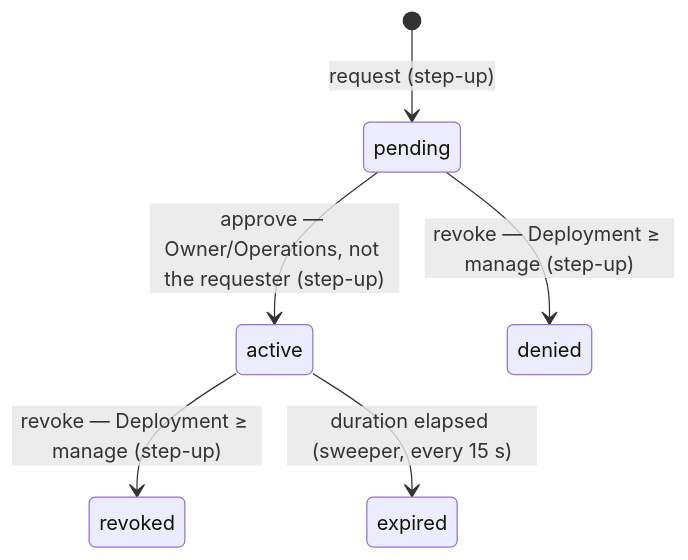
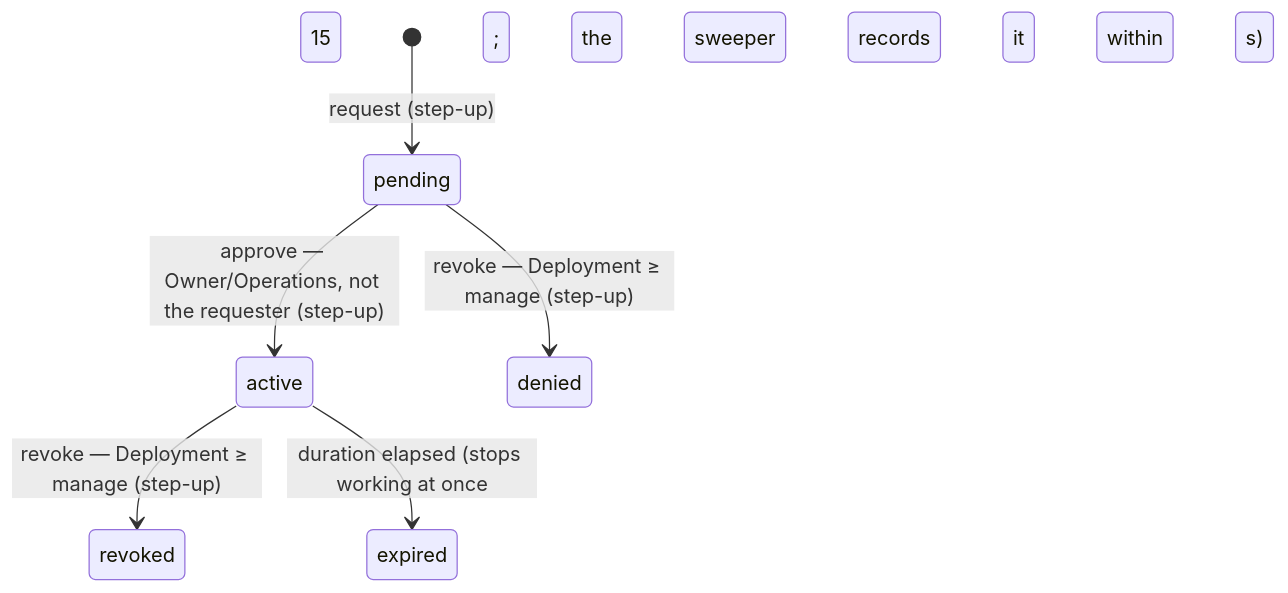
The diagram in docs/concepts/jit-access.md (abongwacelestin-jasper/DEVhQQ), drawn with Mermaid before and after one commit. The commit also changed other lines of this file and 10 other files, not shown here.

````diff
--- a/docs/concepts/jit-access.md
+++ b/docs/concepts/jit-access.md
@@ -10,8 +12,8 @@
 ```mermaid
 stateDiagram-v2
   [*] --> pending: request (step-up)
   pending --> active: approve — Owner/Operations, not the requester (step-up)
   pending --> denied: revoke — Deployment ≥ manage (step-up)
   active --> revoked: revoke — Deployment ≥ manage (step-up)
-  active --> expired: duration elapsed (sweeper, every 15 s)
+  active --> expired: duration elapsed (stops working at once; the sweeper records it within 15 s)
 ```
````
